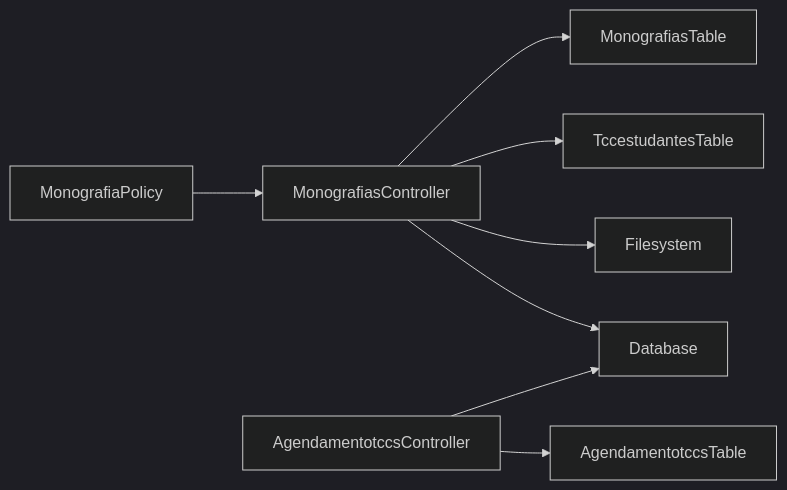
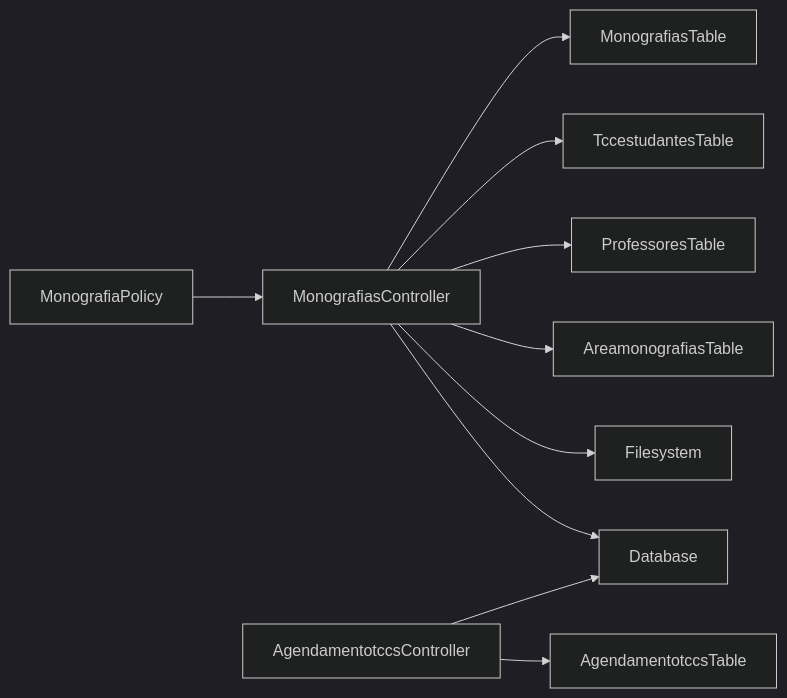
One commit to luiseduacosta/tcc4 changed the ninth of 9 diagrams in .qoder/repowiki/en/content/Monograph Management/Monograph Management.md. Above: the diagram before and after it, drawn with Mermaid (dark theme). The commit also changed other lines of this file and 5 other files, not shown here.

````diff
--- a/.qoder/repowiki/en/content/Monograph Management/Monograph Management.md
+++ b/.qoder/repowiki/en/content/Monograph Management/Monograph Management.md
@@ -468,10 +523,12 @@
 ```mermaid
 graph LR
 MC["MonografiasController"] --> MT["MonografiasTable"]
 MC --> TT["TccestudantesTable"]
+MC --> PT["ProfessoresTable"]
+MC --> AT2["AreamonografiasTable"]
 MC --> FS["Filesystem"]
 MC --> DB["Database"]
 AC["AgendamentotccsController"] --> AT["AgendamentotccsTable"]
 AC --> DB
 MP["MonografiaPolicy"] --> MC
 ```
````
